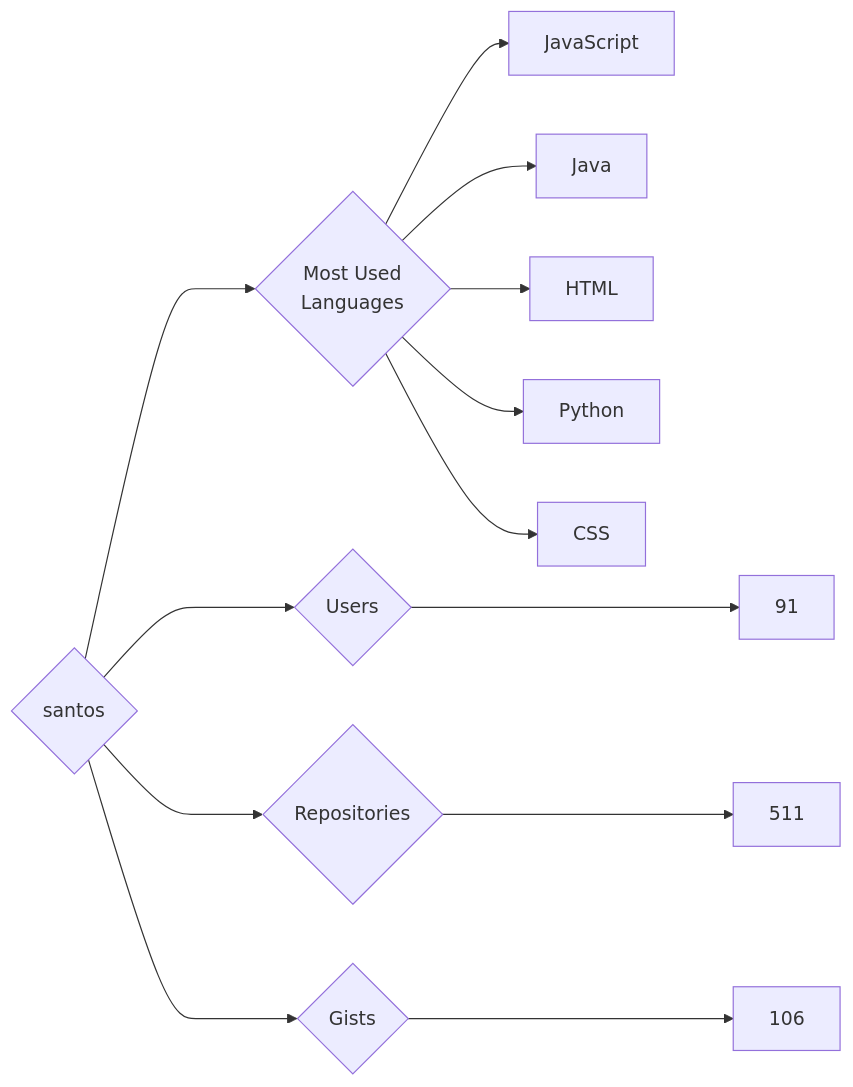
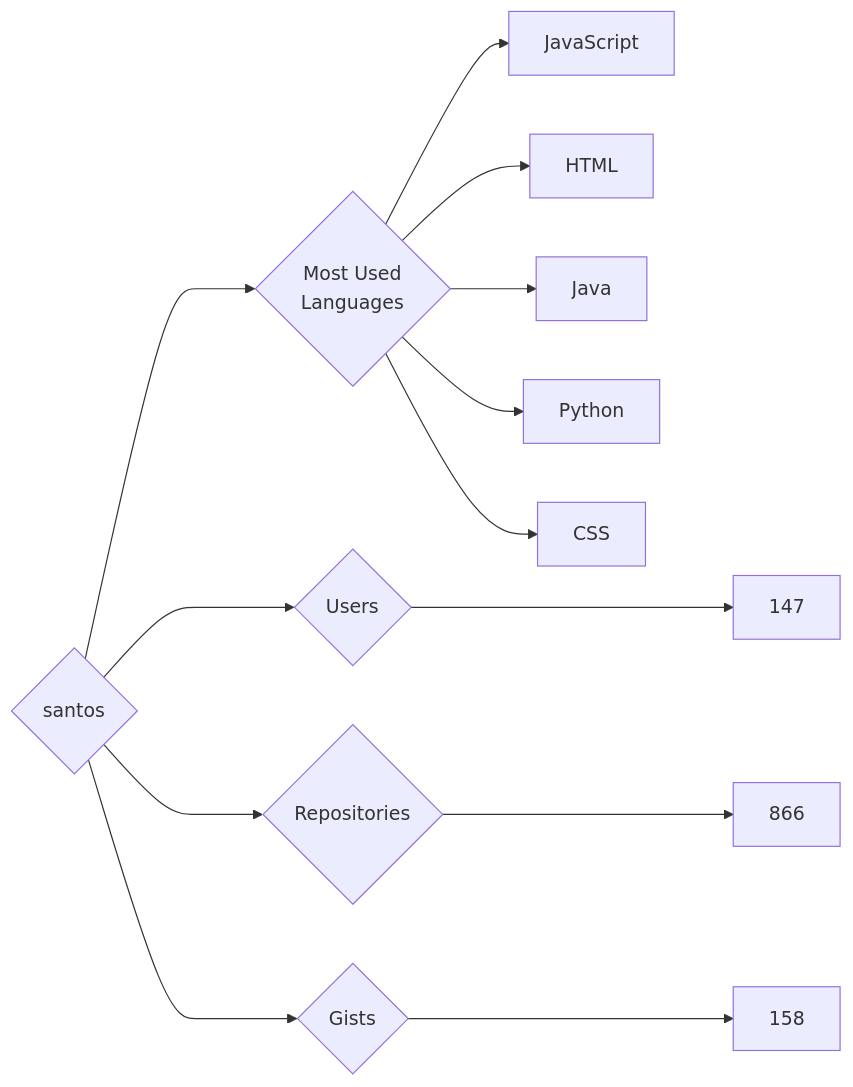
The diagram in targets/santos/README.md (trickest/insiders), drawn with Mermaid before and after one commit. The commit also changed 775 other files, not shown here.

````diff
--- a/targets/santos/README.md
+++ b/targets/santos/README.md
@@ -3,13 +3,13 @@
 ```mermaid
 graph LR
 COMPANY_NAME{santos}
-COMPANY_NAME ---> U{Users} ---> UN[91]
-COMPANY_NAME ---> R{Repositories} ---> RN[511]
-COMPANY_NAME ---> G{Gists} ---> GN[106]
+COMPANY_NAME ---> U{Users} ---> UN[147]
+COMPANY_NAME ---> R{Repositories} ---> RN[866]
+COMPANY_NAME ---> G{Gists} ---> GN[158]
 COMPANY_NAME ---> ML{Most Used<br>Languages}
 ML --> JavaScript[JavaScript]
+ML --> HTML[HTML]
 ML --> Java[Java]
-ML --> HTML[HTML]
 ML --> Python[Python]
 ML --> CSS[CSS]
 ```
````
